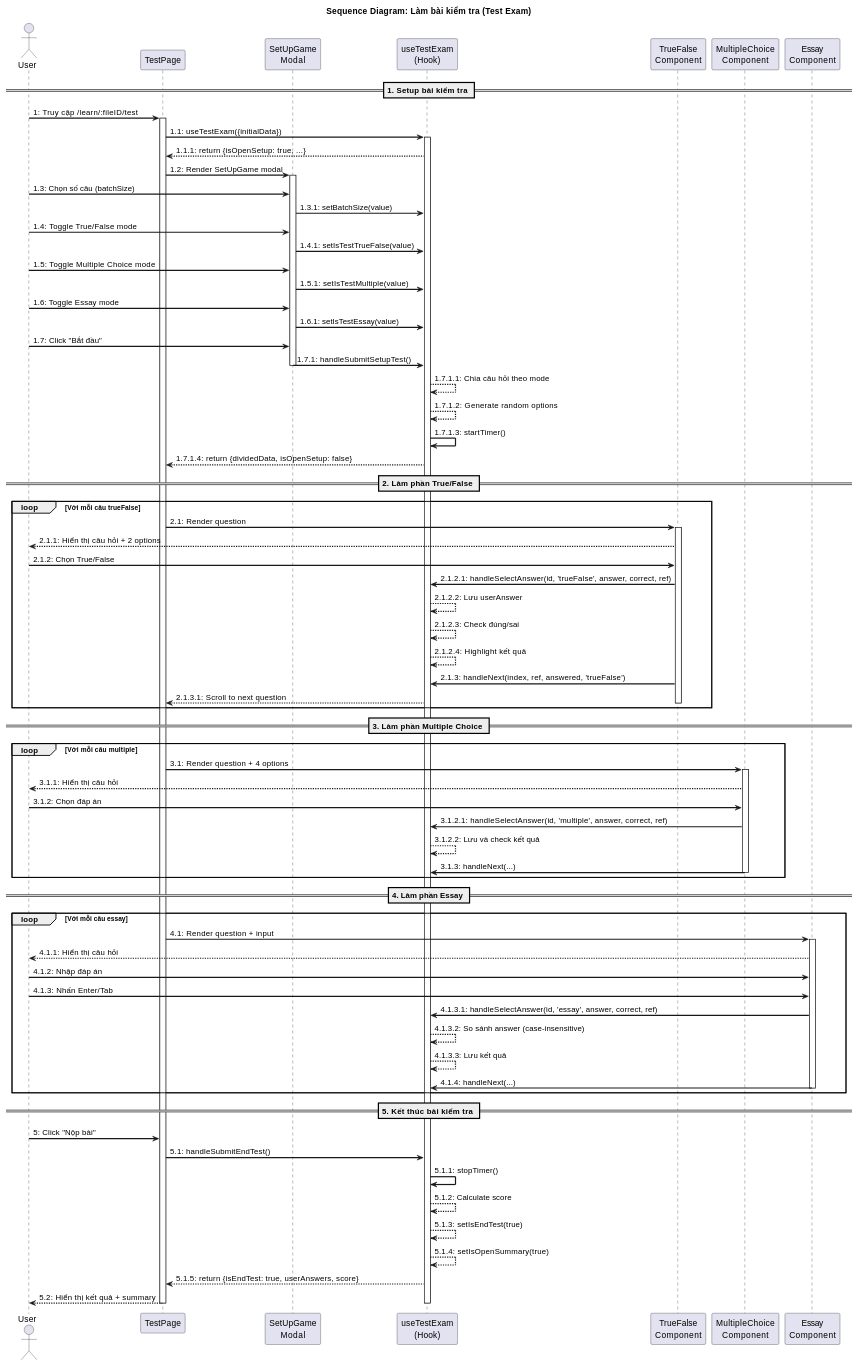
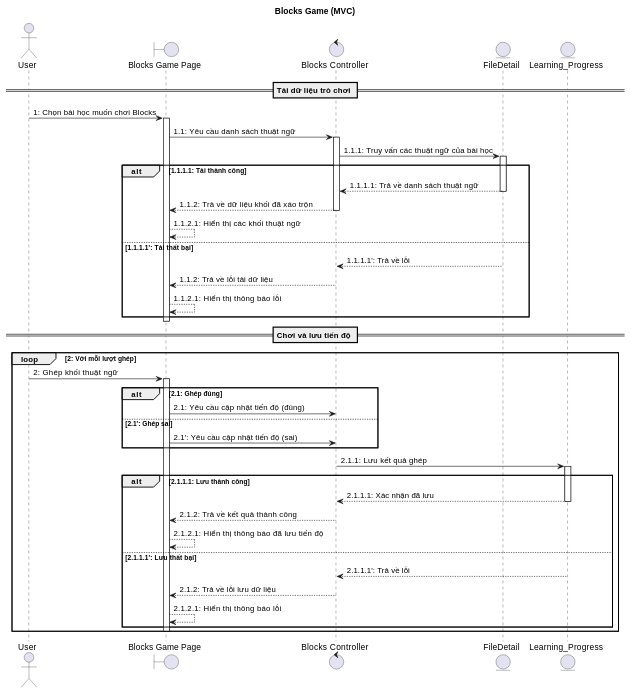
One commit to quangnguyen11111111/LearnFast changed the sixth of 9 diagrams in readmeSequence.md. Above: the diagram before and after it, drawn with PlantUML. The commit also changed other lines of this file and 25 other files, not shown here.

````diff
--- a/readmeSequence.md
+++ b/readmeSequence.md
@@ -704,112 +560,62 @@
 ```plantuml
 @startuml
-skinparam sequenceArrowThickness 2
+title Blocks Game (MVC)
+actor "User" as User
+boundary "Blocks Game Page" as View
+control "Blocks Controller" as Controller
+entity "FileDetail" as MFileDetail
+entity "Learning_Progress" as MLProgress
 
-title Sequence Diagram: Làm bài kiểm tra (Test Exam)
+== Tải dữ liệu trò chơi ==
+User -> View: 1: Chọn bài học muốn chơi Blocks
+activate View
+View -> Controller: 1.1: Yêu cầu danh sách thuật ngữ
+activate Controller
+Controller -> MFileDetail: 1.1.1: Truy vấn các thuật ngữ của bài học
+activate MFileDetail
 
-actor User
-participant "TestPage" as Page
-participant "SetUpGame\nModal" as Setup
-participant "useTestExam\n(Hook)" as Hook
-participant "TrueFalse\nComponent" as TF
-participant "MultipleChoice\nComponent" as MC
-participant "Essay\nComponent" as Essay
+alt 1.1.1.1: Tải thành công
+    MFileDetail --> Controller: 1.1.1.1: Trả về danh sách thuật ngữ
+    deactivate MFileDetail
+    Controller --> View: 1.1.2: Trả về dữ liệu khối đã xáo trộn
+    deactivate Controller
+    View --> View: 1.1.2.1: Hiển thị các khối thuật ngữ
+else 1.1.1.1': Tải thất bại
+    MFileDetail --> Controller: 1.1.1.1': Trả về lỗi
+    deactivate MFileDetail
+    Controller --> View: 1.1.2: Trả về lỗi tải dữ liệu
+    deactivate Controller
+    View --> View: 1.1.2.1: Hiển thị thông báo lỗi
+end
+deactivate View
 
-== 1. Setup bài kiểm tra ==
-User -> Page: 1: Truy cập /learn/:fileID/test
-activate Page
+== Chơi và lưu tiến độ ==
+loop 2: Với mỗi lượt ghép
+    User -> View: 2: Ghép khối thuật ngữ
+    activate View
+    alt 2.1: Ghép đúng
+        View -> Controller: 2.1: Yêu cầu cập nhật tiến độ (đúng)
+    else 2.1': Ghép sai
+        View -> Controller: 2.1': Yêu cầu cập nhật tiến độ (sai)
+    end
+    activate Controller
+    Controller -> MLProgress: 2.1.1: Lưu kết quả ghép
+    activate MLProgress
 
-Page -> Hook: 1.1: useTestExam({initialData})
-activate Hook
-Hook --> Page: 1.1.1: return {isOpenSetup: true, ...}
-
-Page -> Setup: 1.2: Render SetUpGame modal
-activate Setup
-
-User -> Setup: 1.3: Chọn số câu (batchSize)
-Setup -> Hook: 1.3.1: setBatchSize(value)
-
-User -> Setup: 1.4: Toggle True/False mode
-Setup -> Hook: 1.4.1: setIsTestTrueFalse(value)
-
-User -> Setup: 1.5: Toggle Multiple Choice mode
-Setup -> Hook: 1.5.1: setIsTestMultiple(value)
-
-User -> Setup: 1.6: Toggle Essay mode
-Setup -> Hook: 1.6.1: setIsTestEssay(value)
-
-User -> Setup: 1.7: Click "Bắt đầu"
-Setup -> Hook: 1.7.1: handleSubmitSetupTest()
-deactivate Setup
-
-Hook --> Hook: 1.7.1.1: Chia câu hỏi theo mode
-Hook --> Hook: 1.7.1.2: Generate random options
-Hook -> Hook: 1.7.1.3: startTimer()
-Hook --> Page: 1.7.1.4: return {dividedData, isOpenSetup: false}
-
-== 2. Làm phần True/False ==
-loop Với mỗi câu trueFalse
-    Page -> TF: 2.1: Render question
-    activate TF
-    TF --> User: 2.1.1: Hiển thị câu hỏi + 2 options
-
-    User -> TF: 2.1.2: Chọn True/False
-    TF -> Hook: 2.1.2.1: handleSelectAnswer(id, 'trueFalse', answer, correct, ref)
-
-    Hook --> Hook: 2.1.2.2: Lưu userAnswer
-    Hook --> Hook: 2.1.2.3: Check đúng/sai
-    Hook --> Hook: 2.1.2.4: Highlight kết quả
-
-    TF -> Hook: 2.1.3: handleNext(index, ref, answered, 'trueFalse')
-    Hook --> Page: 2.1.3.1: Scroll to next question
-    deactivate TF
+    alt 2.1.1.1: Lưu thành công
+        MLProgress --> Controller: 2.1.1.1: Xác nhận đã lưu
+        deactivate MLProgress
+        Controller --> View: 2.1.2: Trả về kết quả thành công
+        deactivate Controller
+        View --> View: 2.1.2.1: Hiển thị thông báo đã lưu tiến độ
+    else 2.1.1.1': Lưu thất bại
+        MLProgress --> Controller: 2.1.1.1': Trả về lỗi
+        deactivate MLProgress
+        Controller --> View: 2.1.2: Trả về lỗi lưu dữ liệu
+        deactivate Controller
+        View --> View: 2.1.2.1: Hiển thị thông báo lỗi
+    end
+    deactivate View
 end
-
-== 3. Làm phần Multiple Choice ==
-loop Với mỗi câu multiple
-    Page -> MC: 3.1: Render question + 4 options
-    activate MC
-    MC --> User: 3.1.1: Hiển thị câu hỏi
-
-    User -> MC: 3.1.2: Chọn đáp án
-    MC -> Hook: 3.1.2.1: handleSelectAnswer(id, 'multiple', answer, correct, ref)
-    Hook --> Hook: 3.1.2.2: Lưu và check kết quả
-
-    MC -> Hook: 3.1.3: handleNext(...)
-    deactivate MC
-end
-
-== 4. Làm phần Essay ==
-loop Với mỗi câu essay
-    Page -> Essay: 4.1: Render question + input
-    activate Essay
-    Essay --> User: 4.1.1: Hiển thị câu hỏi
-
-    User -> Essay: 4.1.2: Nhập đáp án
-    User -> Essay: 4.1.3: Nhấn Enter/Tab
-    Essay -> Hook: 4.1.3.1: handleSelectAnswer(id, 'essay', answer, correct, ref)
-
-    Hook --> Hook: 4.1.3.2: So sánh answer (case-insensitive)
-    Hook --> Hook: 4.1.3.3: Lưu kết quả
-
-    Essay -> Hook: 4.1.4: handleNext(...)
-    deactivate Essay
-end
-
-== 5. Kết thúc bài kiểm tra ==
-User -> Page: 5: Click "Nộp bài"
-Page -> Hook: 5.1: handleSubmitEndTest()
-
-Hook -> Hook: 5.1.1: stopTimer()
-Hook --> Hook: 5.1.2: Calculate score
-Hook --> Hook: 5.1.3: setIsEndTest(true)
-Hook --> Hook: 5.1.4: setIsOpenSummary(true)
-
-Hook --> Page: 5.1.5: return {isEndTest: true, userAnswers, score}
-Page --> User: 5.2: Hiển thị kết quả + summary
-
-deactivate Hook
-deactivate Page
-
 @enduml
 ```
````
